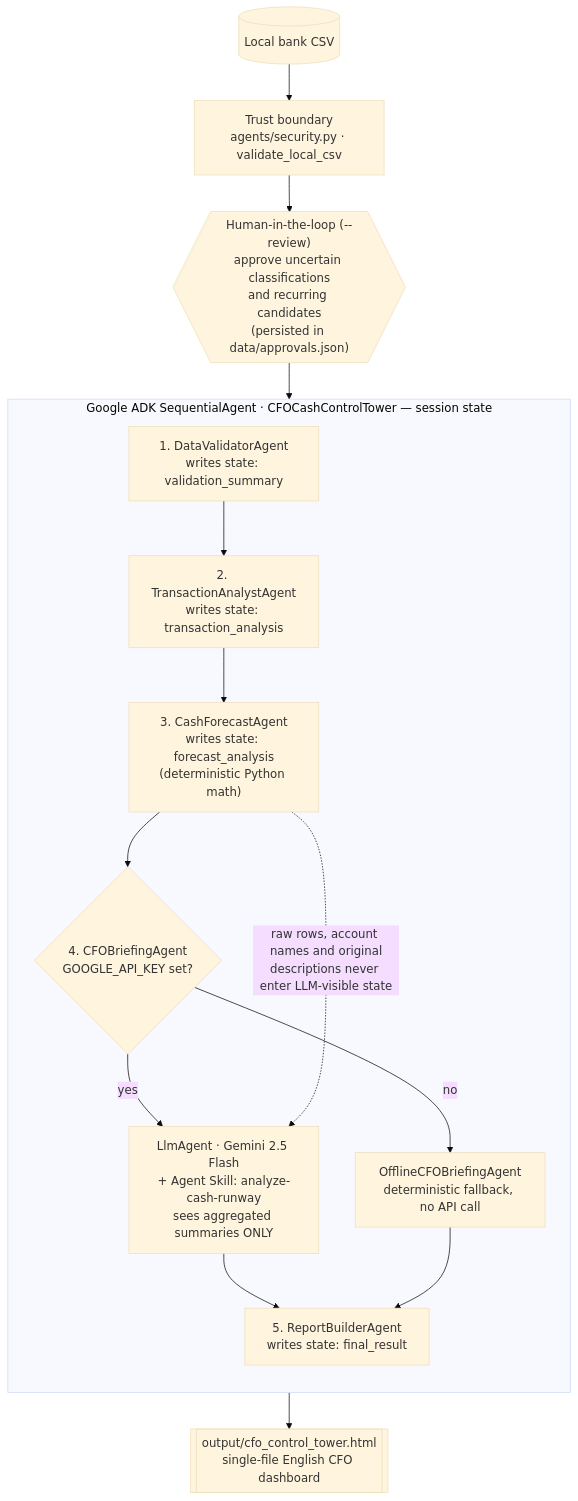
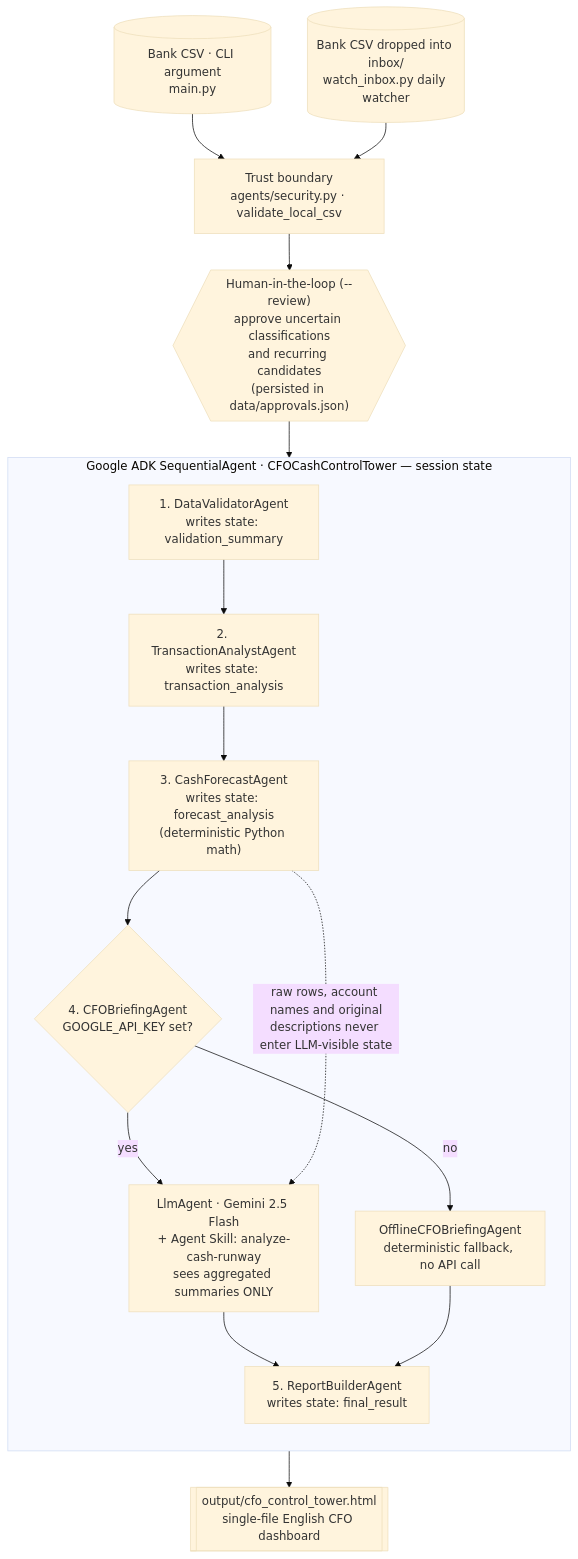
The diagram in README.md (Hanna-start/Start-up-Daily-CF-Report), drawn with Mermaid (base theme) before and after one commit. The commit also changed other lines of this file, not shown here.

Commit message:
README: inbox watcher in tagline and architecture diagram, fix code line references

````diff
--- a/README.md
+++ b/README.md
@@ -26,23 +27,24 @@
 ```mermaid
 flowchart TB
-    CSV[("Local bank CSV")] --> GUARD["Trust boundary<br/>agents/security.py · validate_local_csv"]
+    CSV[("Bank CSV · CLI argument<br/>main.py")] --> GUARD["Trust boundary<br/>agents/security.py · validate_local_csv"]
+    INBOX[("Bank CSV dropped into inbox/<br/>watch_inbox.py daily watcher")] --> GUARD
     GUARD --> REVIEW{{"Human-in-the-loop (--review)<br/>approve uncertain classifications<br/>and recurring candidates<br/>(persisted in data/approvals.json)"}}
     REVIEW --> A1
 
     subgraph WF["Google ADK SequentialAgent · CFOCashControlTower — session state"]
         direction TB
         A1["1. DataValidatorAgent<br/>writes state: validation_summary"]
         A2["2. TransactionAnalystAgent<br/>writes state: transaction_analysis"]
         A3["3. CashForecastAgent<br/>writes state: forecast_analysis<br/>(deterministic Python math)"]
         KEY{"4. CFOBriefingAgent<br/>GOOGLE_API_KEY set?"}
         LLM["LlmAgent · Gemini 2.5 Flash<br/>+ Agent Skill: analyze-cash-runway<br/>sees aggregated summaries ONLY"]
         OFF["OfflineCFOBriefingAgent<br/>deterministic fallback, no API call"]
         A5["5. ReportBuilderAgent<br/>writes state: final_result"]
         A1 --> A2 --> A3 --> KEY
         KEY -->|yes| LLM --> A5
         KEY -->|no| OFF --> A5
     end
 
     A3 -. "raw rows, account names and original<br/>descriptions never enter LLM-visible state" .-> LLM
     A5 --> OUT[["output/cfo_control_tower.html<br/>single-file English CFO dashboard"]]
 ```
````
